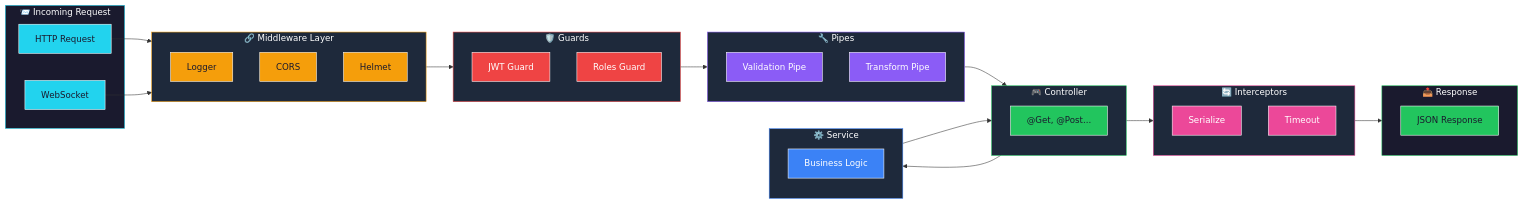
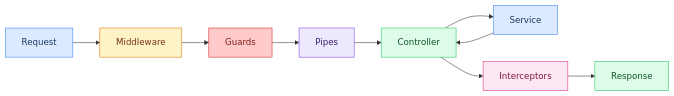
The fourth of 13 diagrams in CONTRIBUTING.md (Univers42/transcendance), drawn with Mermaid before and after one commit. The commit also changed other lines of this file, not shown here.

````diff
--- a/CONTRIBUTING.md
+++ b/CONTRIBUTING.md
@@ -373,73 +315,20 @@
 ```mermaid
-flowchart LR
-    subgraph Request["📨 Incoming Request"]
-        HTTP["HTTP Request"]
-        WS["WebSocket"]
-    end
-    
-    subgraph Middleware["🔗 Middleware Layer"]
-        Logger["Logger"]
-        CORS["CORS"]
-        Helmet["Helmet"]
-    end
-    
-    subgraph Guards["🛡️ Guards"]
-        JWT["JWT Guard"]
-        Roles["Roles Guard"]
-    end
-    
-    subgraph Pipes["🔧 Pipes"]
-        Validation["Validation Pipe"]
-        Transform["Transform Pipe"]
-    end
-    
-    subgraph Controller["🎮 Controller"]
-        Endpoint["@Get, @Post..."]
-    end
-    
-    subgraph Service["⚙️ Service"]
-        Logic["Business Logic"]
-    end
-    
-    subgraph Interceptors["🔄 Interceptors"]
-        Serialize["Serialize"]
-        Timeout["Timeout"]
-    end
-    
-    subgraph Response["📤 Response"]
-        JSON["JSON Response"]
-    end
+graph LR
+    Req["Request"] --> MW["Middleware"]
+    MW --> GD["Guards"]
+    GD --> PP["Pipes"]
+    PP --> CT["Controller"]
+    CT --> SV["Service"]
+    SV --> CT
+    CT --> IC["Interceptors"]
+    IC --> Res["Response"]
 
-    HTTP --> Middleware
-    WS --> Middleware
-    Middleware --> Guards
-    Guards --> Pipes
-    Pipes --> Controller
-    Controller --> Service
-    Service --> Controller
-    Controller --> Interceptors
-    Interceptors --> Response
-
-    style Request fill:#1a1a2e,stroke:#22d3ee,color:#fff
-    style Middleware fill:#1e293b,stroke:#f59e0b,color:#fff
-    style Guards fill:#1e293b,stroke:#ef4444,color:#fff
-    style Pipes fill:#1e293b,stroke:#8b5cf6,color:#fff
-    style Controller fill:#1e293b,stroke:#22c55e,color:#fff
-    style Service fill:#1e293b,stroke:#3b82f6,color:#fff
-    style Interceptors fill:#1e293b,stroke:#ec4899,color:#fff
-    style Response fill:#1a1a2e,stroke:#22c55e,color:#fff
-    style HTTP fill:#22d3ee,stroke:#fff,color:#1a1a2e
-    style WS fill:#22d3ee,stroke:#fff,color:#1a1a2e
-    style Logger fill:#f59e0b,stroke:#fff,color:#1a1a2e
-    style CORS fill:#f59e0b,stroke:#fff,color:#1a1a2e
-    style Helmet fill:#f59e0b,stroke:#fff,color:#1a1a2e
-    style JWT fill:#ef4444,stroke:#fff,color:#fff
-    style Roles fill:#ef4444,stroke:#fff,color:#fff
-    style Validation fill:#8b5cf6,stroke:#fff,color:#fff
-    style Transform fill:#8b5cf6,stroke:#fff,color:#fff
-    style Endpoint fill:#22c55e,stroke:#fff,color:#1a1a2e
-    style Logic fill:#3b82f6,stroke:#fff,color:#fff
-    style Serialize fill:#ec4899,stroke:#fff,color:#fff
-    style Timeout fill:#ec4899,stroke:#fff,color:#fff
-    style JSON fill:#22c55e,stroke:#fff,color:#1a1a2e
+    style Req fill:#dbeafe,stroke:#3b82f6,color:#1e3a5f
+    style MW fill:#fef3c7,stroke:#d97706,color:#78350f
+    style GD fill:#fecaca,stroke:#dc2626,color:#7f1d1d
+    style PP fill:#ede9fe,stroke:#7c3aed,color:#3b1f6e
+    style CT fill:#dcfce7,stroke:#22c55e,color:#14532d
+    style SV fill:#dbeafe,stroke:#3b82f6,color:#1e3a5f
+    style IC fill:#fce7f3,stroke:#db2777,color:#831843
+    style Res fill:#dcfce7,stroke:#22c55e,color:#14532d
 ```
````
